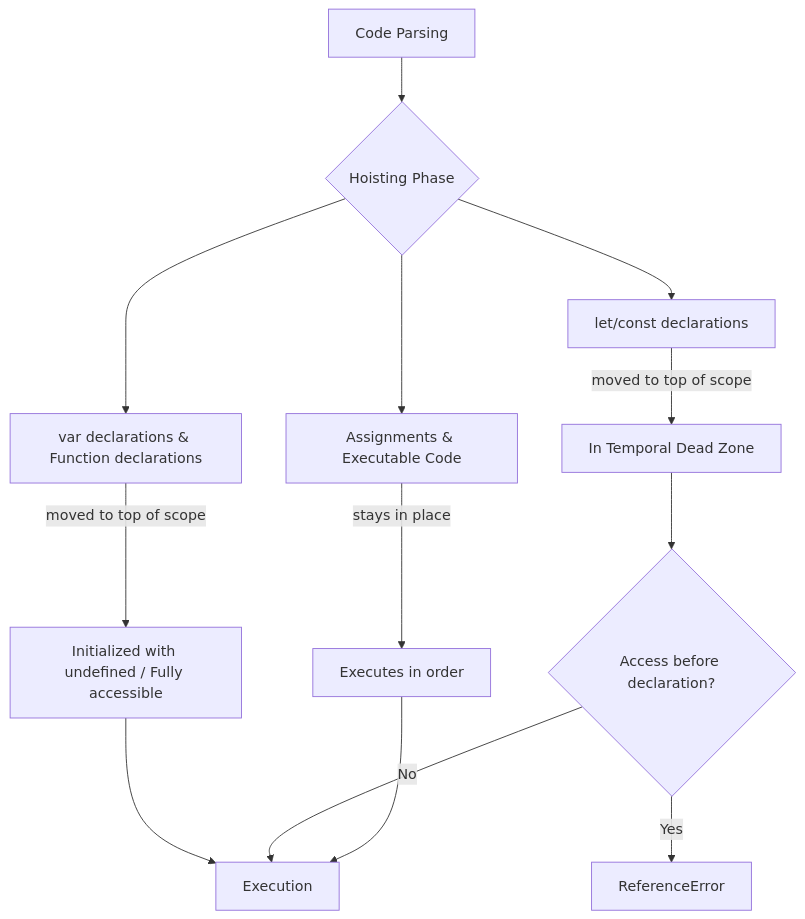
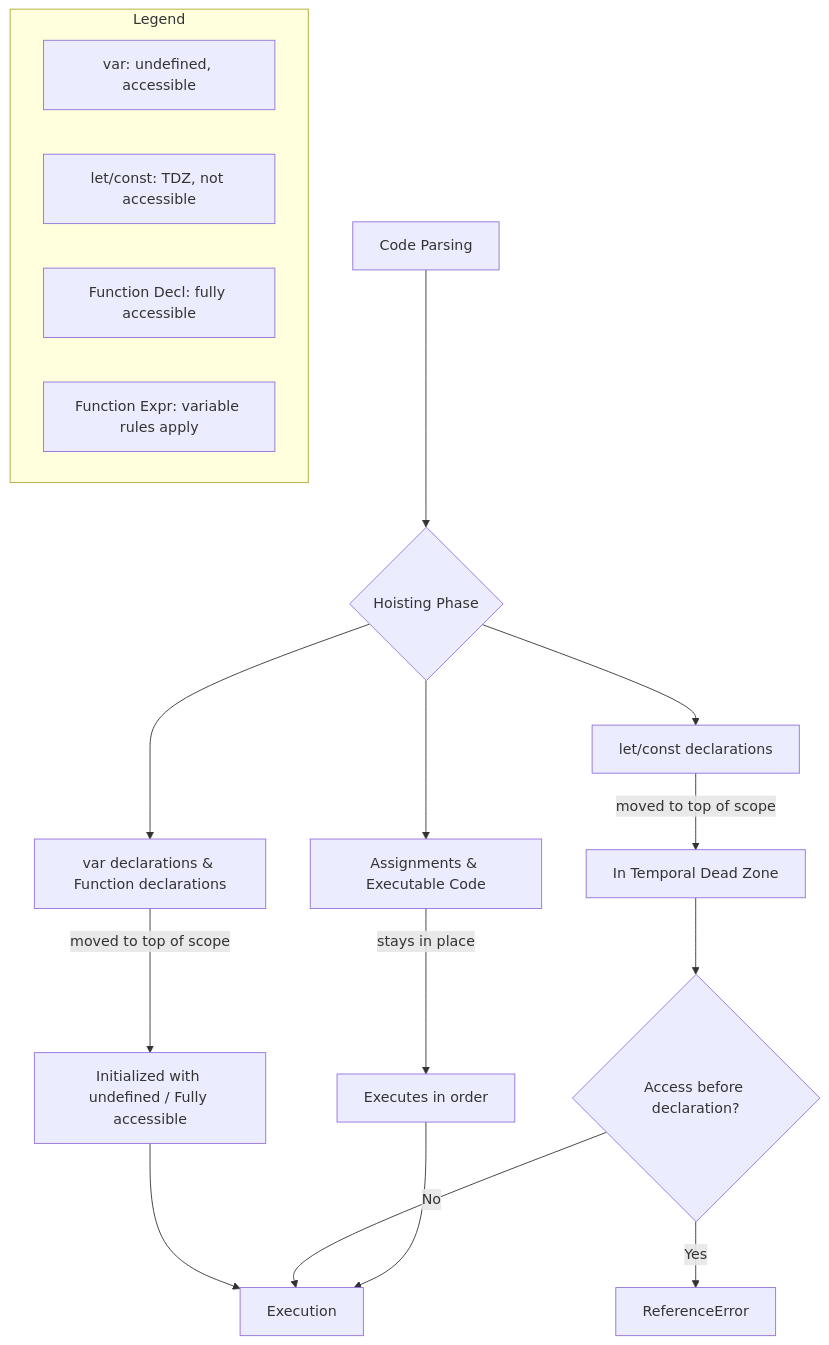
One commit to rcpsolutions-net/markdown-docs changed the diagram in javascript-hoisting.md. Above: the diagram before and after it, drawn with Mermaid.

````diff
--- a/javascript-hoisting.md
+++ b/javascript-hoisting.md
@@ -64,23 +63,31 @@
 ```mermaid
 graph TD
     A[Code Parsing]
     B{Hoisting Phase}
     C[var declarations & Function declarations]
     D[let/const declarations]
     E[Assignments & Executable Code]
 
     A --> B
     B --> C
     B --> D
     B --> E
 
     C -- moved to top of scope --> F[Initialized with undefined / Fully accessible]
     D -- moved to top of scope --> G[In Temporal Dead Zone]
     E -- stays in place --> H[Executes in order]
 
     F --> I[Execution]
     G --> J{Access before declaration?}
     J -- Yes --> K[ReferenceError]
     J -- No --> I
     H --> I
+
+    subgraph Legend
+        direction LR
+        L1[var: undefined, accessible]
+        L2[let/const: TDZ, not accessible]
+        L3[Function Decl: fully accessible]
+        L4[Function Expr: variable rules apply]
+    end
 ```
````
